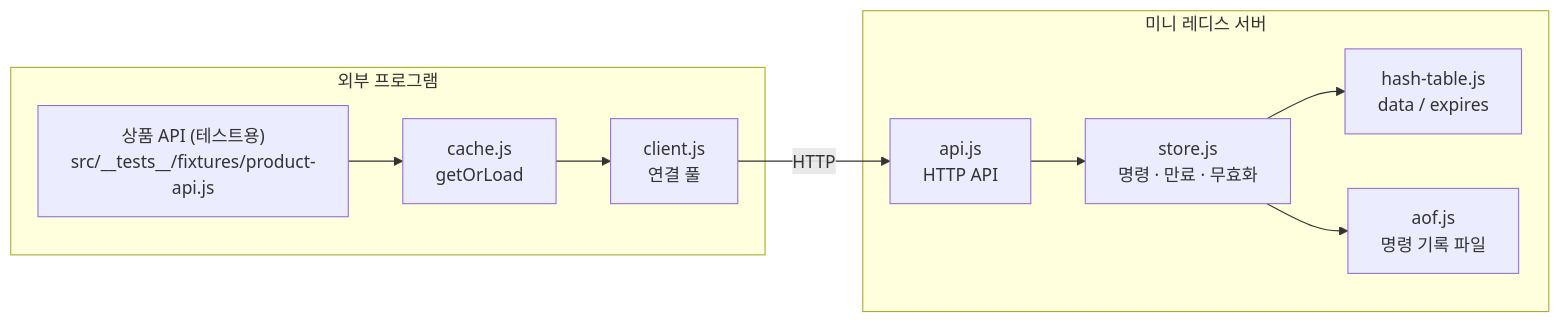
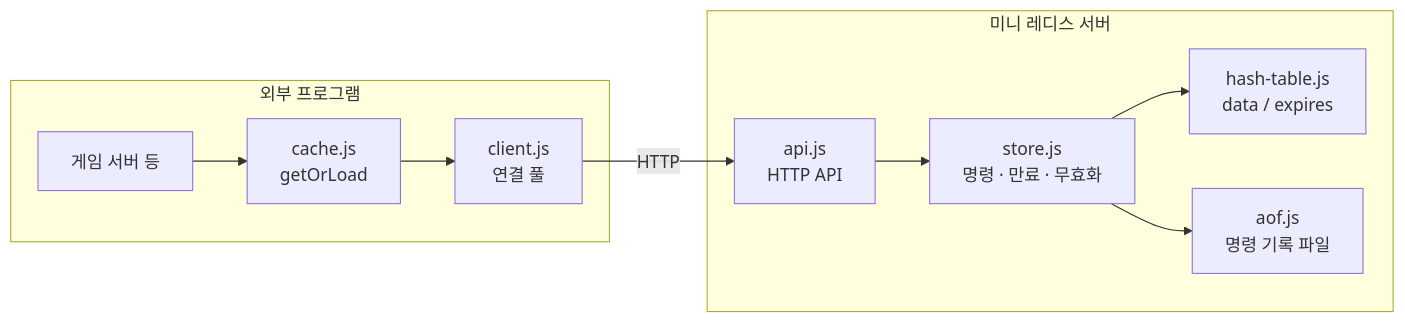
Before and after one commit to ririzu1202/shiritori: the diagram in redis/README.md, drawn with Mermaid. The commit also changed other lines of this file and 6 other files, not shown here.

````diff
--- a/redis/README.md
+++ b/redis/README.md
@@ -28,13 +28,13 @@
 ```mermaid
 flowchart LR
   subgraph outside["외부 프로그램"]
-    A["상품 API (테스트용)<br/>src/__tests__/fixtures/product-api.js"] --> B["cache.js<br/>getOrLoad"]
+    A["게임 서버 등"] --> B["cache.js<br/>getOrLoad"]
     B --> C["client.js<br/>연결 풀"]
   end
   subgraph redis["미니 레디스 서버"]
     D["api.js<br/>HTTP API"] --> E["store.js<br/>명령 · 만료 · 무효화"]
     E --> F["hash-table.js<br/>data / expires"]
     E --> G["aof.js<br/>명령 기록 파일"]
   end
   C -- HTTP --> D
 ```
````
